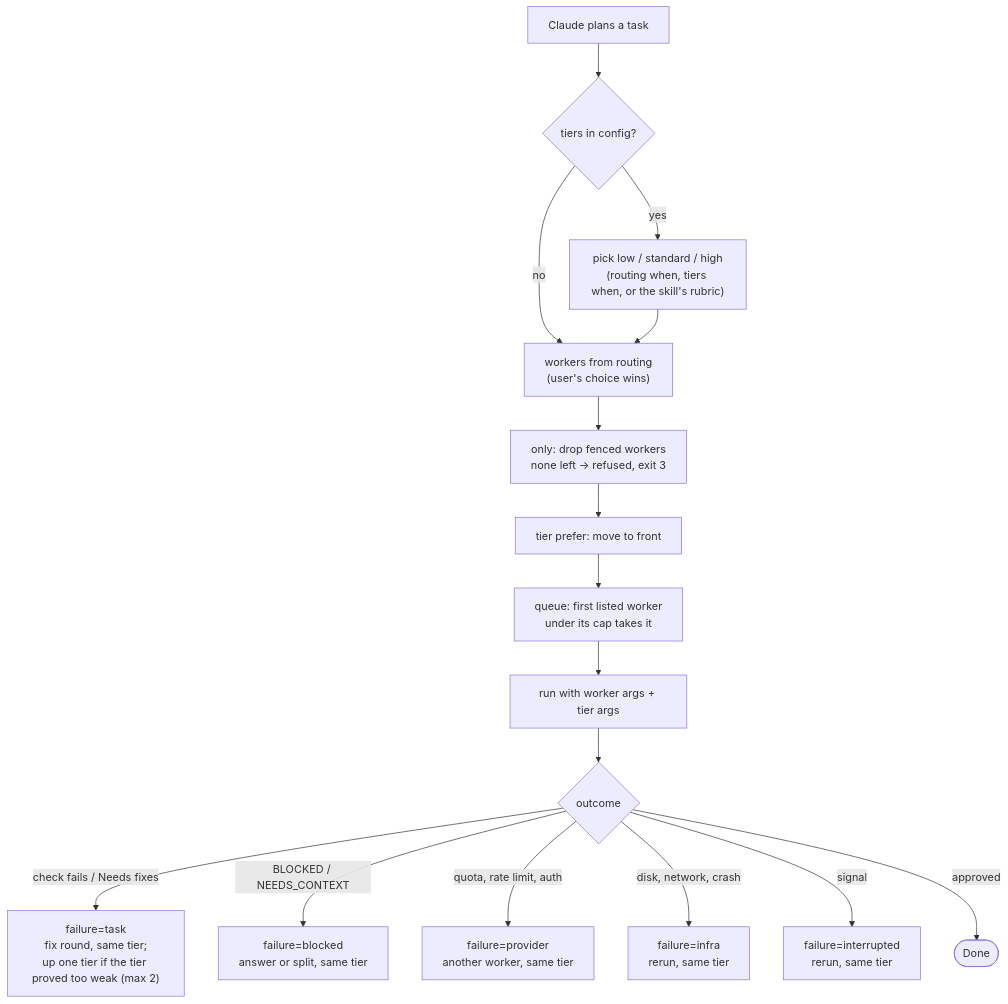
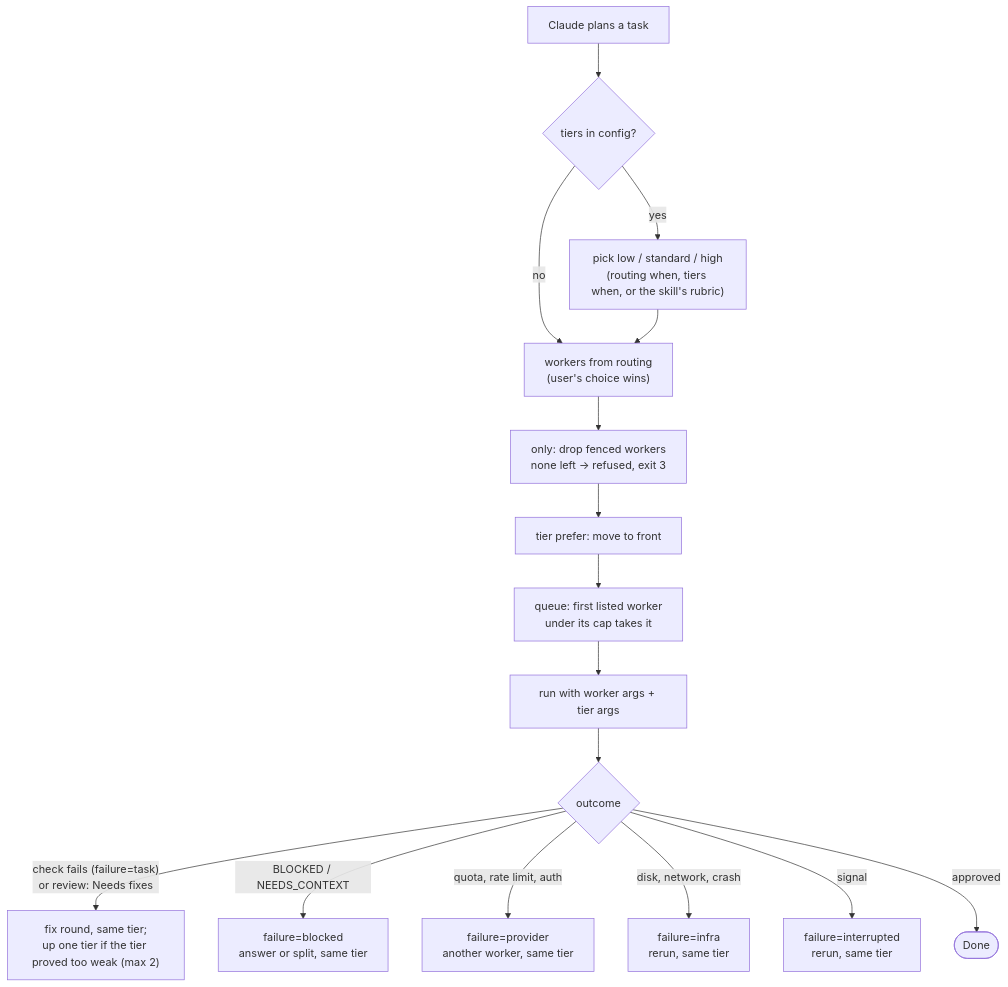
Before and after one commit to jandyx/muster: the fifth of 6 diagrams in docs/how-it-works.md, drawn with Mermaid. The commit also changed 1 other file, not shown here.

Commit message:
Correct what Done, failure=task and file ownership mean in the docs
From review: a read-only task is done whatever its verdict and old tasks
show no review state; only a failed check writes failure=task, not a
Needs fixes review; Claude writes prompt.md and Codex writes its own
result.md.

Claude-Session: https://claude.ai/code/session_01KV43hbR24ueEC1TnNa4yvq

````diff
--- a/docs/how-it-works.md
+++ b/docs/how-it-works.md
@@ -98,18 +98,18 @@
 ```mermaid
 flowchart TB
     plan["Claude plans a task"] --> tier{"tiers in config?"}
     tier -- no --> list
     tier -- yes --> pick["pick low / standard / high<br/>(routing when, tiers when, or the skill's rubric)"]
     pick --> list["workers from routing<br/>(user's choice wins)"]
     list --> fence["only: drop fenced workers<br/>none left → refused, exit 3"]
     fence --> prefer["tier prefer: move to front"]
     prefer --> queue["queue: first listed worker<br/>under its cap takes it"]
     queue --> run["run with worker args + tier args"]
     run --> outcome{outcome}
-    outcome -- "check fails / Needs fixes" --> task["failure=task<br/>fix round, same tier;<br/>up one tier if the tier proved too weak (max 2)"]
+    outcome -- "check fails (failure=task)<br/>or review: Needs fixes" --> task["fix round, same tier;<br/>up one tier if the tier proved too weak (max 2)"]
     outcome -- "BLOCKED / NEEDS_CONTEXT" --> blocked["failure=blocked<br/>answer or split, same tier"]
     outcome -- "quota, rate limit, auth" --> provider["failure=provider<br/>another worker, same tier"]
     outcome -- "disk, network, crash" --> infra["failure=infra<br/>rerun, same tier"]
     outcome -- "signal" --> interrupted["failure=interrupted<br/>rerun, same tier"]
     outcome -- "approved" --> done([Done])
 ```
````
